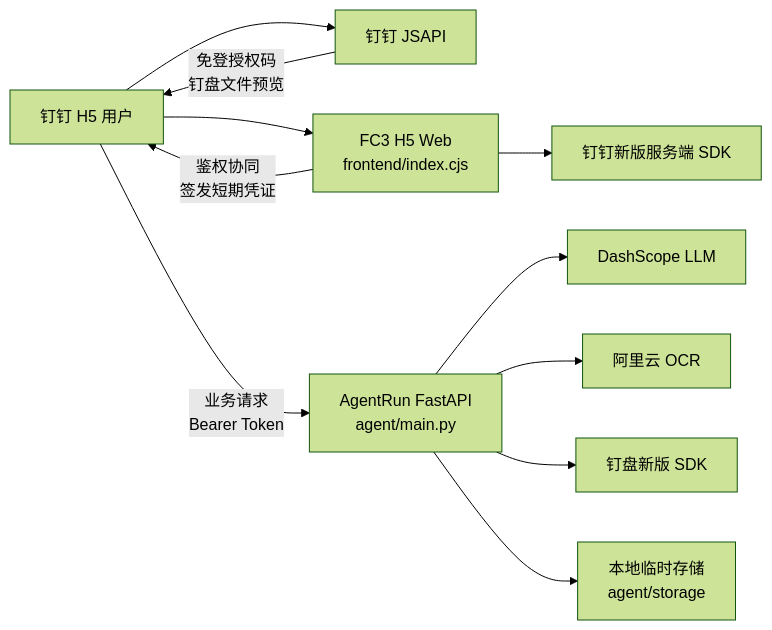
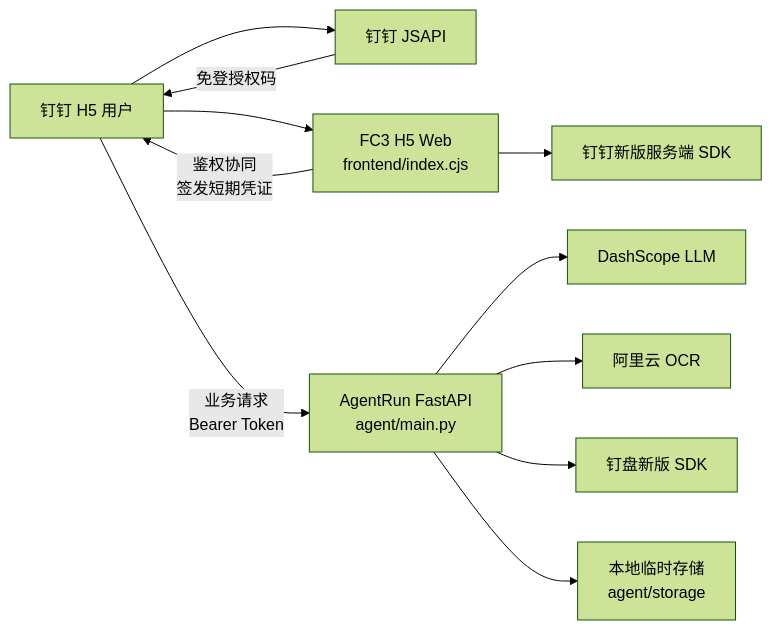
The first of 3 diagrams in SPEC/ARCHITECTURE.md (yuqingyang3019-cyber/hetong), drawn with Mermaid (forest theme) before and after one commit. The commit also changed other lines of this file and 6 other files, not shown here.

````diff
--- a/SPEC/ARCHITECTURE.md
+++ b/SPEC/ARCHITECTURE.md
@@ -36,13 +36,13 @@
 ```mermaid
 flowchart LR
   user["钉钉 H5 用户"] --> jsapi["钉钉 JSAPI"]
   user --> h5["FC3 H5 Web\nfrontend/index.cjs"]
   h5 -->|"鉴权协同\n签发短期凭证"| user
   h5 --> dingtalk["钉钉新版服务端 SDK"]
   user -->|"业务请求\nBearer Token"| agent["AgentRun FastAPI\nagent/main.py"]
-  jsapi -->|"免登授权码\n钉盘文件预览"| user
+  jsapi -->|"免登授权码"| user
   agent --> dashscope["DashScope LLM"]
   agent --> aliyunOcr["阿里云 OCR"]
   agent --> dingdrive["钉盘新版 SDK"]
   agent --> localStorage["本地临时存储\nagent/storage"]
 ```
````
